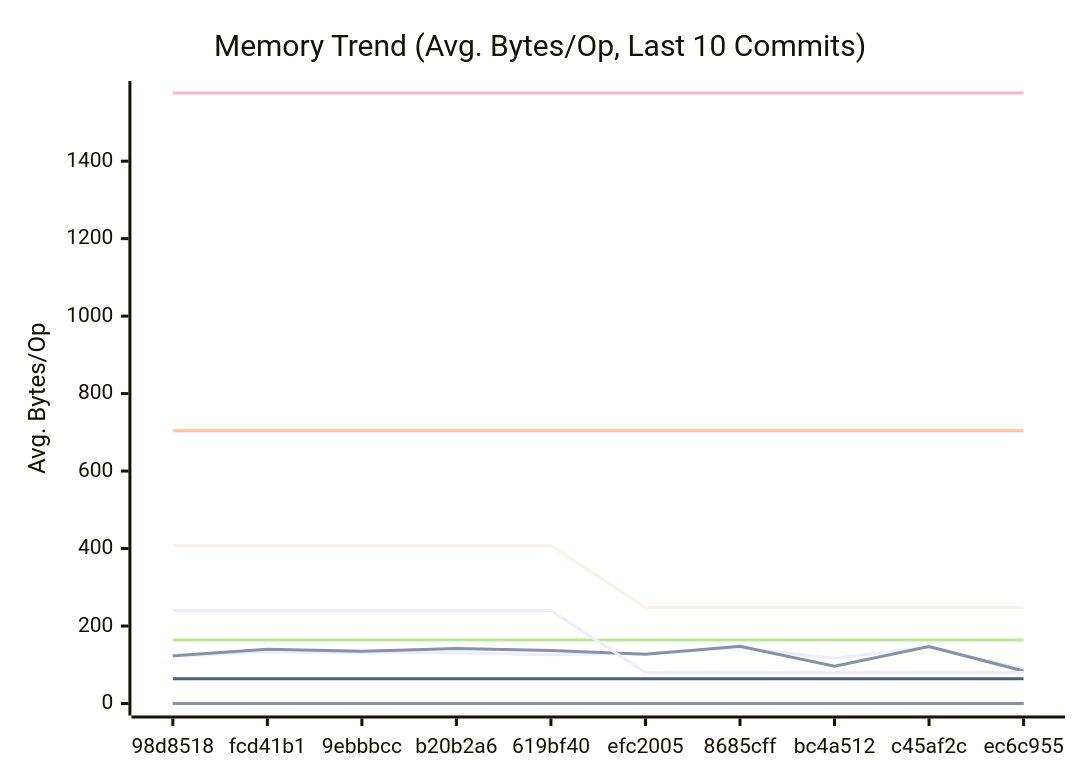
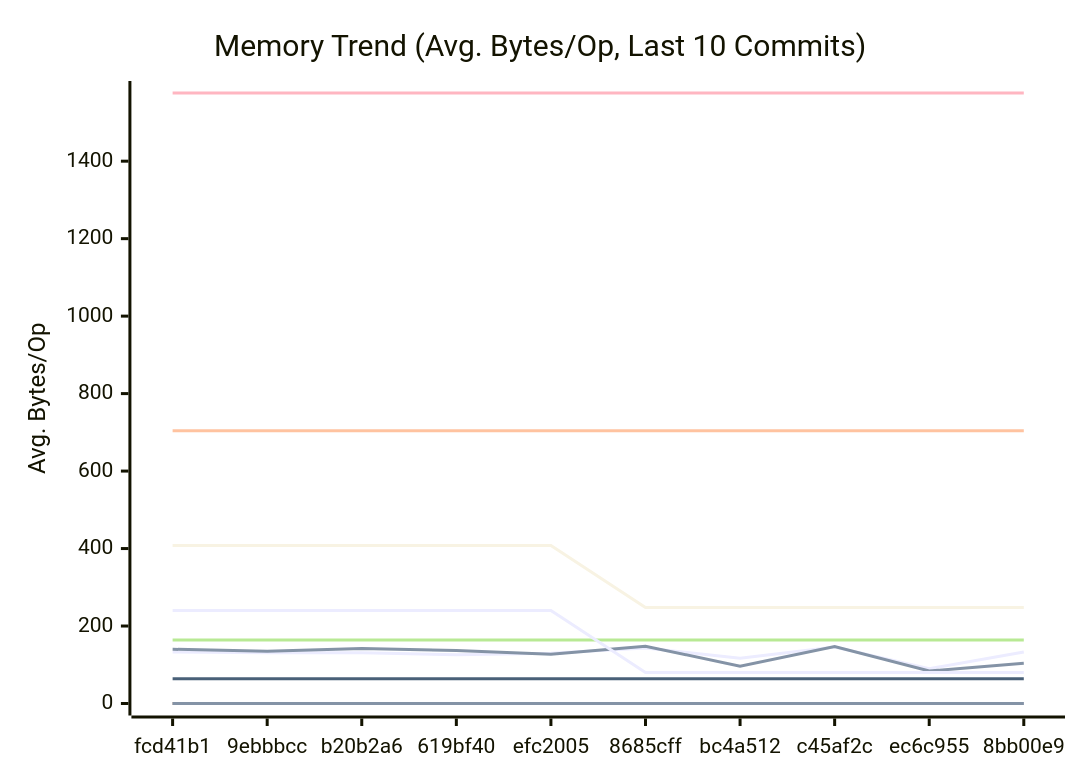
One commit to alsotoes/momo changed the second of 3 diagrams in docs/PERFORMANCE.md. Above: the diagram before and after it, drawn with Mermaid. The commit also changed other lines of this file and 3 other files, not shown here.

````diff
--- a/docs/PERFORMANCE.md
+++ b/docs/PERFORMANCE.md
@@ -171,20 +171,20 @@
 ```mermaid
 xychart-beta
     title "Memory Trend (Avg. Bytes/Op, Last 10 Commits)"
     x-axis "Commit"
     y-axis "Avg. Bytes/Op"
-    x-axis [98d8518,fcd41b1,9ebbbcc,b20b2a6,619bf40,efc2005,8685cff,bc4a512,c45af2c,ec6c955]
-    line "AWSChunkedReaderSigned" [122,133,131,131,126,130,143,117,146,90]
-    line "AWSChunkedReaderUnsigned" [123,140,135,142,137,127,148,96,147,84]
+    x-axis [fcd41b1,9ebbbcc,b20b2a6,619bf40,efc2005,8685cff,bc4a512,c45af2c,ec6c955,8bb00e9]
+    line "AWSChunkedReaderSigned" [133,131,131,126,130,143,117,146,90,133]
+    line "AWSChunkedReaderUnsigned" [140,135,142,137,127,148,96,147,84,104]
     line "CheckMetricsAndSwap" [0,0,0,0,0,0,0,0,0,0]
     line "CrushOptimized" [0,0,0,0,0,0,0,0,0,0]
     line "CrushOriginal" [164,164,164,164,164,164,164,164,164,164]
     line "IndexDirectTracking" [0,0,0,0,0,0,0,0,0,0]
     line "IndexSearch" [0,0,0,0,0,0,0,0,0,0]
     line "LoadGlobalConfig" [1576,1576,1576,1576,1576,1576,1576,1576,1576,1576]
     line "PadString" [64,64,64,64,64,64,64,64,64,64]
     line "ParseReplicationOrder_NoPrealloc" [408,408,408,408,408,248,248,248,248,248]
     line "ParseReplicationOrder_Prealloc" [240,240,240,240,240,80,80,80,80,80]
     line "SanitizeLog/Safe" [0,0,0,0,0,0,0,0,0,0]
     line "SanitizeLog/Unsafe" [704,704,704,704,704,704,704,704,704,704]
 ```
````
